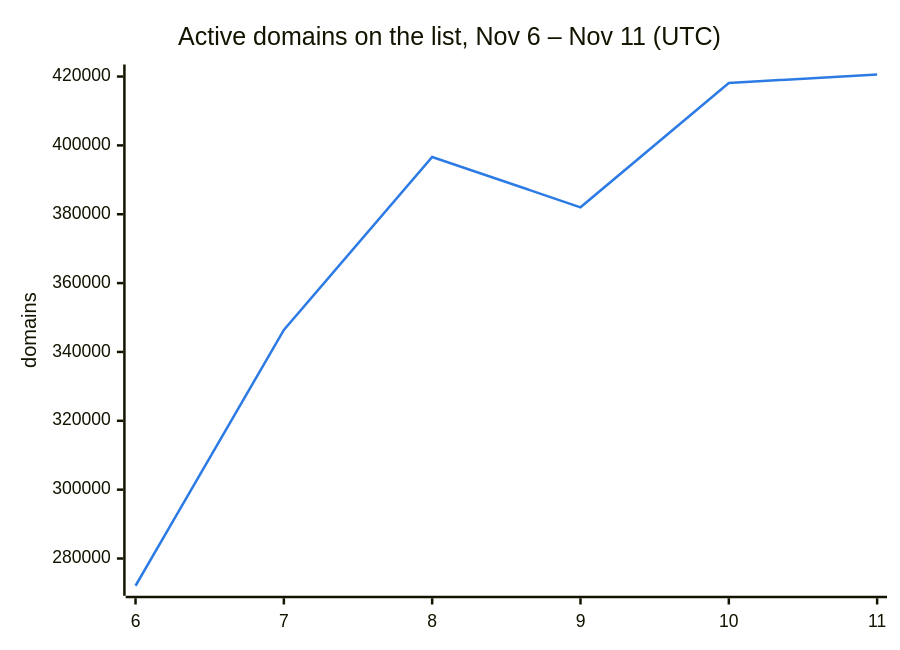
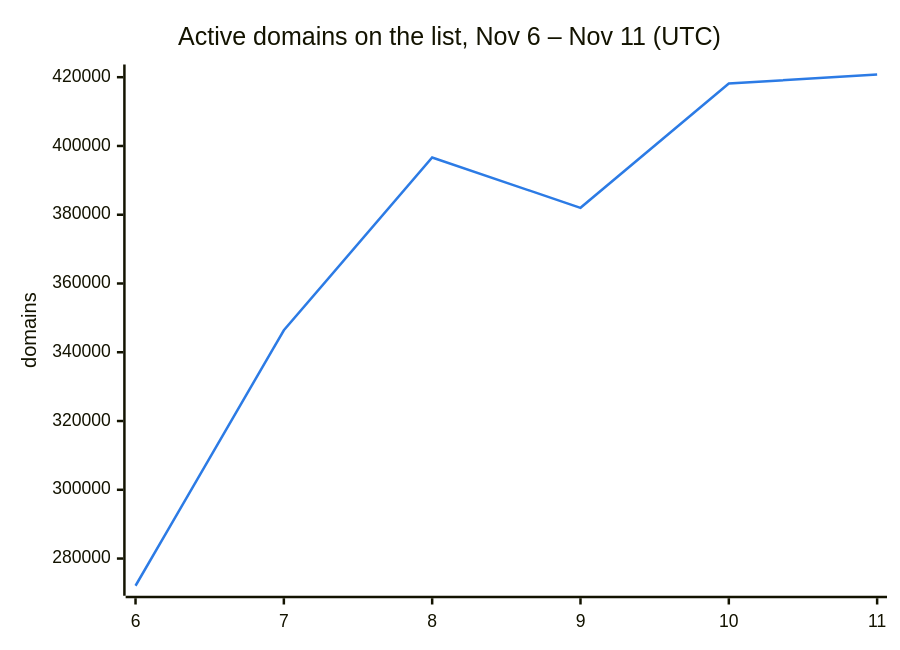
Before and after one commit to DNSBunker/CTI: the second of 3 diagrams in README.md, drawn with Mermaid. The commit also changed other lines of this file and 3 other files, not shown here.

````diff
--- a/README.md
+++ b/README.md
@@ -38,8 +38,8 @@
 ```mermaid
 %%{init: {"themeVariables": {"xyChart": {"plotColorPalette": "#2c7be5"}}}}%%
 xychart-beta
     title "Active domains on the list, Nov 6 – Nov 11 (UTC)"
     x-axis ["6", "7", "8", "9", "10", "11"]
     y-axis "domains"
-    line [272088, 346388, 396638, 382009, 418143, 420593]
+    line [272088, 346388, 396638, 382009, 418143, 420786]
 ```
````
